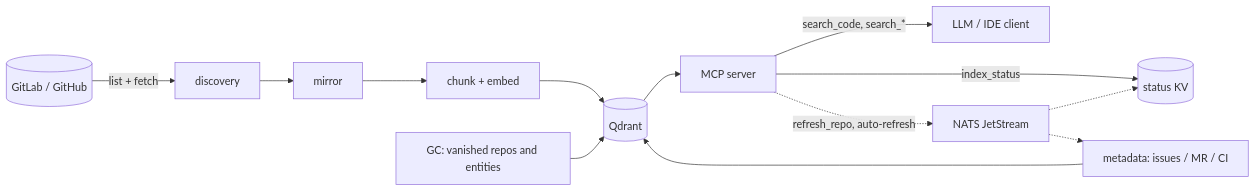
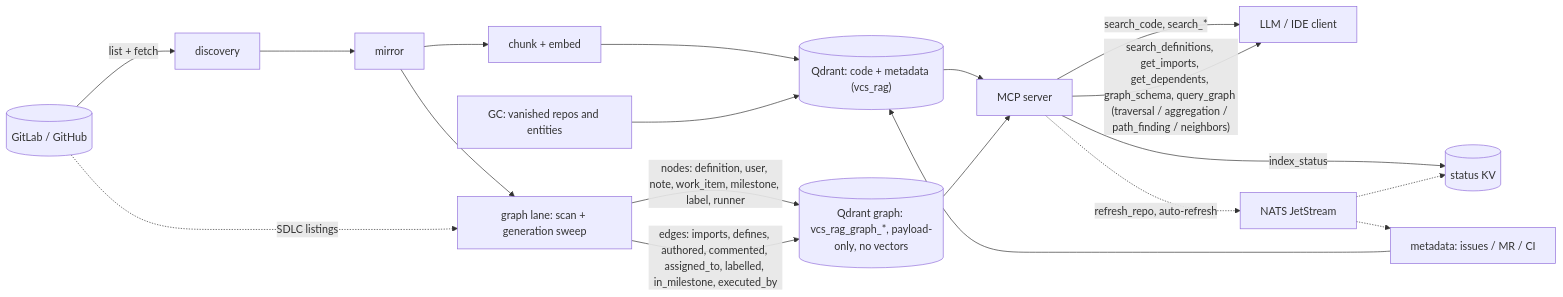
One commit to gorizond/vcs-rag changed the diagram in README.md. Above: the diagram before and after it, drawn with Mermaid. The commit also changed other lines of this file, not shown here.

Commit message:
docs(readme): Architecture — graph lane, payload-only graph collection, query modes

````diff
--- a/README.md
+++ b/README.md
@@ -60,15 +60,21 @@
 ```mermaid
 flowchart LR
   VCS[(GitLab / GitHub)] -->|list + fetch| D[discovery]
   D --> MI[mirror]
   MI --> CH[chunk + embed]
-  CH --> QD[(Qdrant)]
+  CH --> QD[("Qdrant: code + metadata (vcs_rag)")]
   MET["metadata: issues / MR / CI"] --> QD
   GC["GC: vanished repos and entities"] --> QD
+  MI --> GR["graph lane: scan + generation sweep"]
+  VCS -.->|SDLC listings| GR
+  GR -->|"nodes: definition, user, note, work_item, milestone, label, runner"| QDG[("Qdrant graph: vcs_rag_graph_*, payload-only, no vectors")]
+  GR -->|"edges: imports, defines, authored, commented, assigned_to, labelled, in_milestone, executed_by"| QDG
   QD --> MCP[MCP server]
+  QDG --> MCP
   MCP -->|search_code, search_*| CL[LLM / IDE client]
+  MCP -->|"search_definitions, get_imports, get_dependents, graph_schema, query_graph (traversal / aggregation / path_finding / neighbors)"| CL
   MCP -->|index_status| KV[(status KV)]
   MCP -.->|refresh_repo, auto-refresh| NATS[NATS JetStream]
   NATS -.-> MET
   NATS -.-> KV
 ```
````
